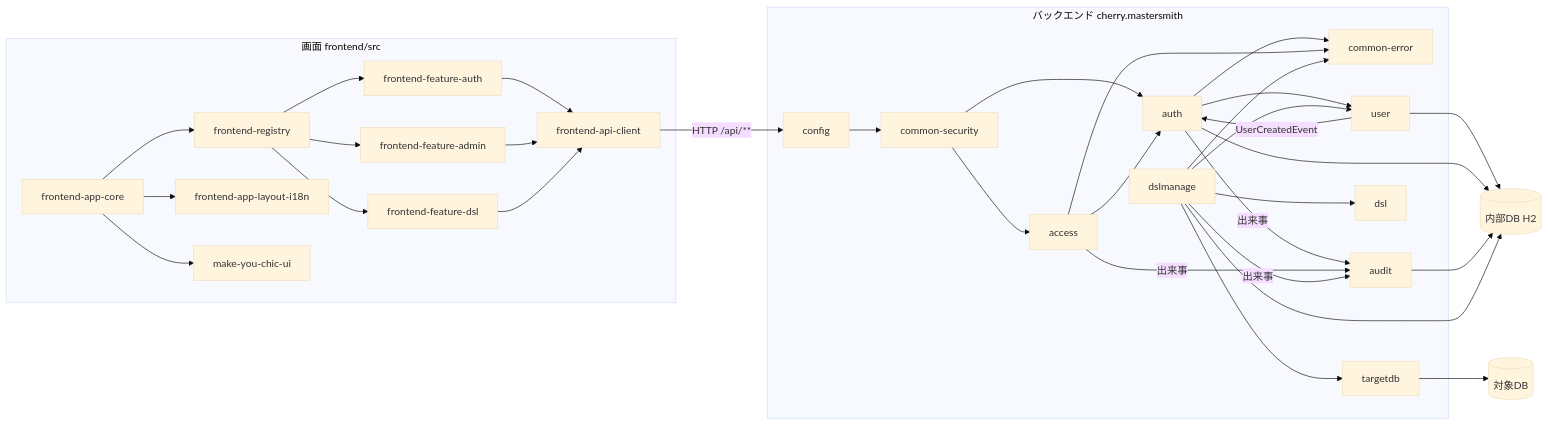
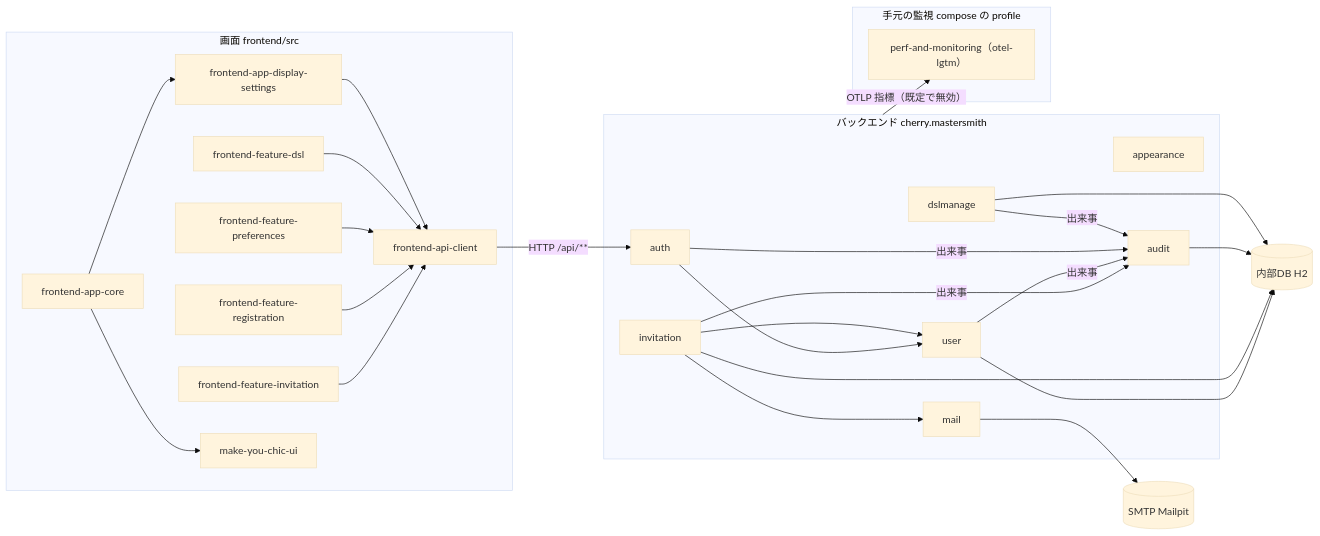
Before and after one commit to agwlvssainokuni/mastersmith2: the first of 5 diagrams in aidlc/spaces/default/codekb/mastersmith2/architecture.md, drawn with Mermaid (base theme). The commit also changed other lines of this file and 16 other files, not shown here.

````diff
--- a/aidlc/spaces/default/codekb/mastersmith2/architecture.md
+++ b/aidlc/spaces/default/codekb/mastersmith2/architecture.md
@@ -30,58 +19,49 @@
 ```mermaid
 flowchart LR
   subgraph FE["画面 frontend/src"]
     CORE["frontend-app-core"]
-    REG["frontend-registry"]
-    LAY["frontend-app-layout-i18n"]
-    FAUTH["frontend-feature-auth"]
-    FADM["frontend-feature-admin"]
+    DISP["frontend-app-display-settings"]
+    FINV["frontend-feature-invitation"]
+    FREG["frontend-feature-registration"]
+    FPREF["frontend-feature-preferences"]
     FDSL["frontend-feature-dsl"]
     APIC["frontend-api-client"]
     MYC["make-you-chic-ui"]
   end
   subgraph BE["バックエンド cherry.mastersmith"]
-    CFG["config"]
-    CSEC["common-security"]
-    CERR["common-error"]
     AUTH["auth"]
-    ACCESS["access"]
     USER["user"]
+    INV["invitation"]
+    MAIL["mail"]
+    APP["appearance"]
     AUDIT["audit"]
     DSLM["dslmanage"]
-    DSL["dsl"]
-    TDB["targetdb"]
+  end
+  subgraph OPS["手元の監視 compose の profile"]
+    LGTM["perf-and-monitoring（otel-lgtm）"]
   end
   H2[("内部DB H2")]
-  TGT[("対象DB")]
+  SMTP[("SMTP Mailpit")]
 
-  CORE --> REG
-  CORE --> LAY
+  CORE --> DISP
   CORE --> MYC
-  REG --> FAUTH
-  REG --> FADM
-  REG --> FDSL
-  FAUTH --> APIC
-  FADM --> APIC
+  FINV --> APIC
+  FREG --> APIC
+  FPREF --> APIC
   FDSL --> APIC
-  APIC -- "HTTP /api/**" --> CFG
-  CFG --> CSEC
-  CSEC --> AUTH
-  CSEC --> ACCESS
+  DISP --> APIC
+  APIC -- "HTTP /api/**" --> AUTH
   AUTH --> USER
-  ACCESS --> AUTH
-  DSLM --> DSL
-  DSLM --> TDB
-  DSLM --> USER
-  USER -- "UserCreatedEvent" --> AUTH
+  INV --> USER
+  INV --> MAIL
+  MAIL --> SMTP
+  INV -- "出来事" --> AUDIT
+  USER -- "出来事" --> AUDIT
   AUTH -- "出来事" --> AUDIT
-  ACCESS -- "出来事" --> AUDIT
   DSLM -- "出来事" --> AUDIT
-  AUTH --> CERR
-  ACCESS --> CERR
-  DSLM --> CERR
   USER --> H2
-  AUTH --> H2
+  INV --> H2
   AUDIT --> H2
   DSLM --> H2
-  TDB --> TGT
+  BE -- "OTLP 指標（既定で無効）" --> LGTM
 ```
````
